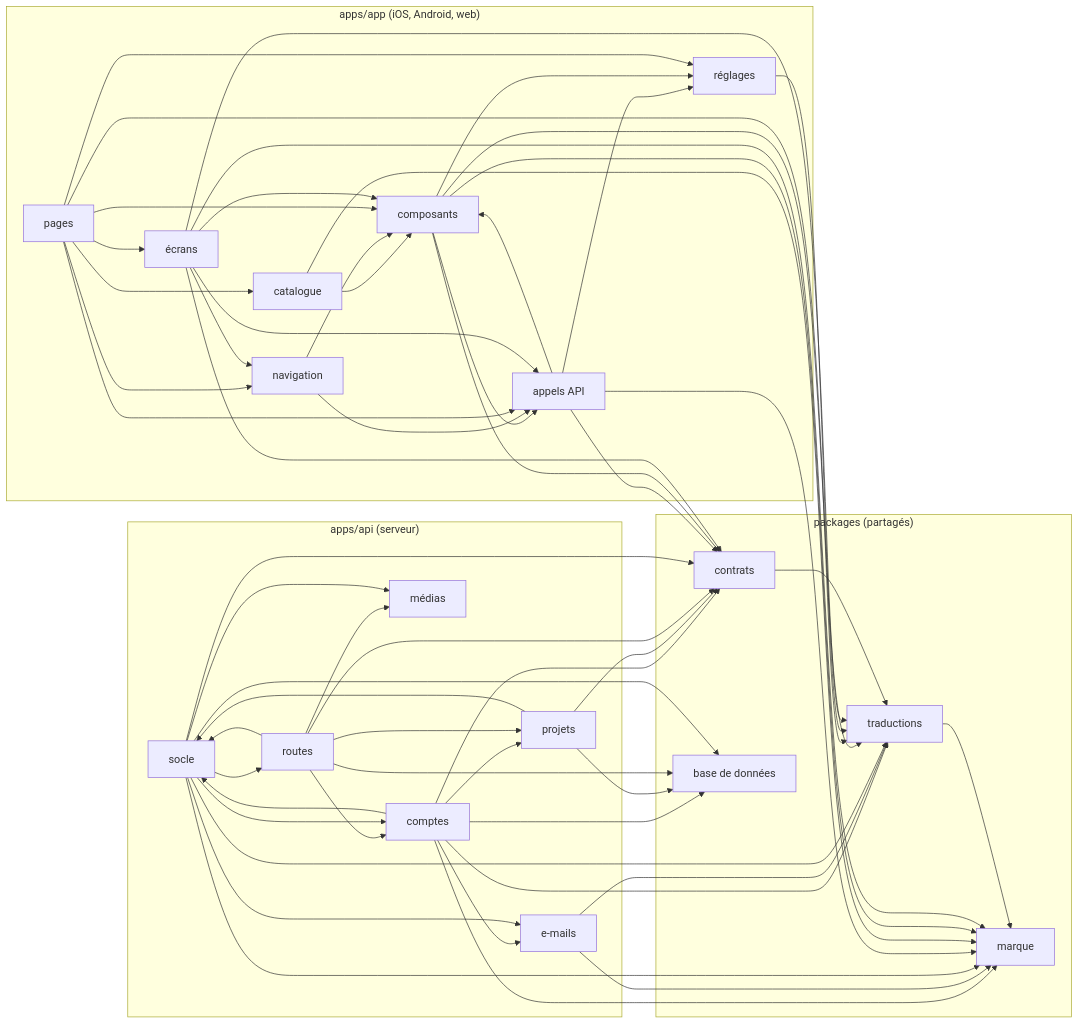
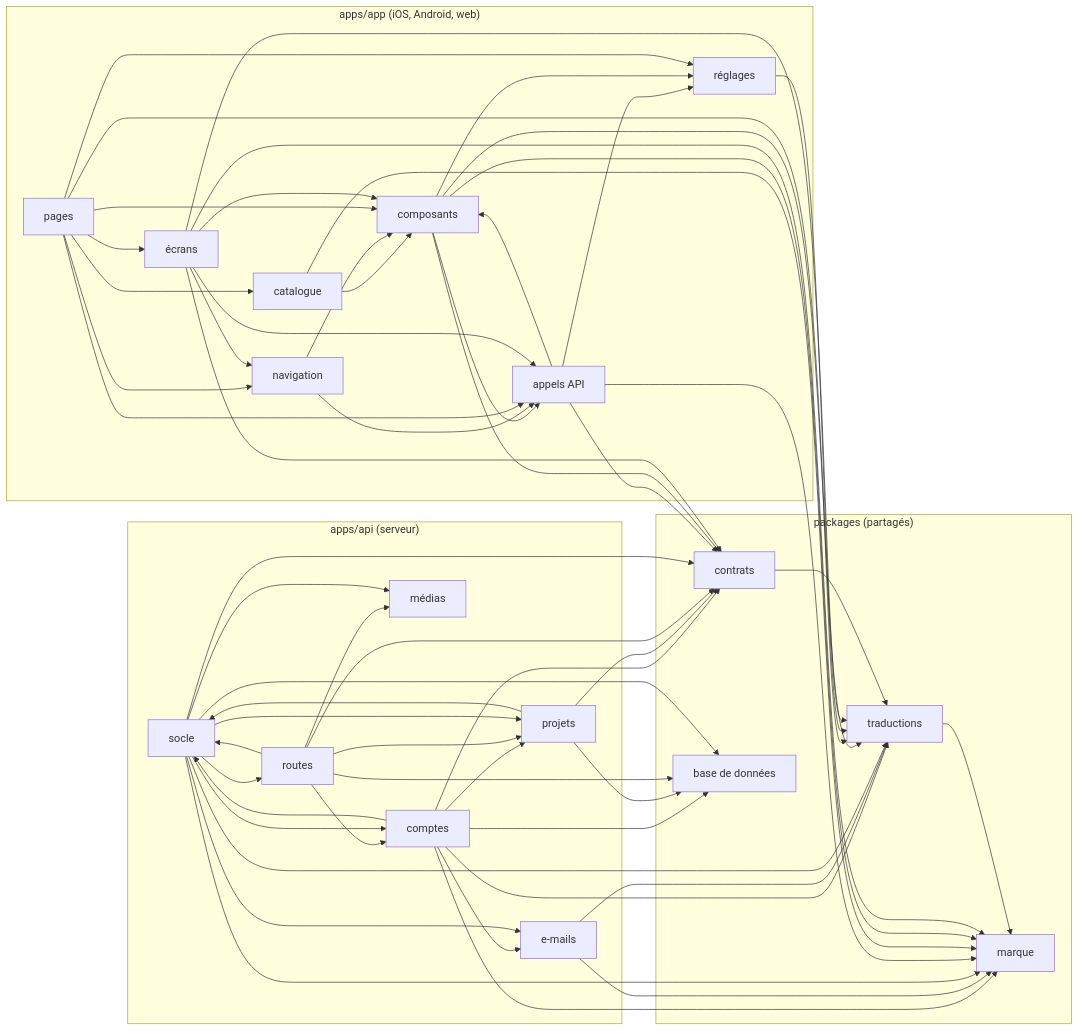
One commit to EthogramHQ/Waiggle changed the diagram in docs/architecture/dependances.md. Above: the diagram before and after it, drawn with Mermaid. The commit also changed 10 other files, not shown here.

````diff
--- a/docs/architecture/dependances.md
+++ b/docs/architecture/dependances.md
@@ -7,81 +7,82 @@
 ```mermaid
 flowchart LR
   subgraph appli["apps/app (iOS, Android, web)"]
     n2["composants"]
     n0["pages"]
     n5["appels API"]
     n7["réglages"]
     n4["navigation"]
     n1["écrans"]
     n3["catalogue"]
   end
   subgraph api["apps/api (serveur)"]
     n14["socle"]
     n9["comptes"]
     n10["projets"]
     n8["routes"]
     n11["médias"]
     n12["e-mails"]
   end
   subgraph paquets["packages (partagés)"]
     n17["traductions"]
     n18["marque"]
     n15["contrats"]
     n16["base de données"]
   end
   n9 --> n12
   n9 --> n10
   n9 --> n14
   n9 --> n16
   n9 --> n15
   n9 --> n18
   n9 --> n17
   n12 --> n18
   n12 --> n17
   n10 --> n14
   n10 --> n16
   n10 --> n15
   n8 --> n9
   n8 --> n11
   n8 --> n10
   n8 --> n14
   n8 --> n16
   n8 --> n15
   n14 --> n9
   n14 --> n12
   n14 --> n11
+  n14 --> n10
   n14 --> n8
   n14 --> n16
   n14 --> n15
   n14 --> n18
   n14 --> n17
   n5 --> n2
   n5 --> n7
   n5 --> n15
   n5 --> n18
   n3 --> n2
   n3 --> n18
   n2 --> n5
   n2 --> n7
   n2 --> n15
   n2 --> n18
   n2 --> n17
   n4 --> n5
   n4 --> n2
   n0 --> n5
   n0 --> n3
   n0 --> n2
   n0 --> n4
   n0 --> n7
   n0 --> n1
   n0 --> n17
   n7 --> n17
   n1 --> n5
   n1 --> n2
   n1 --> n4
   n1 --> n15
   n1 --> n18
   n1 --> n17
   n15 --> n17
   n17 --> n18
 ```
````
